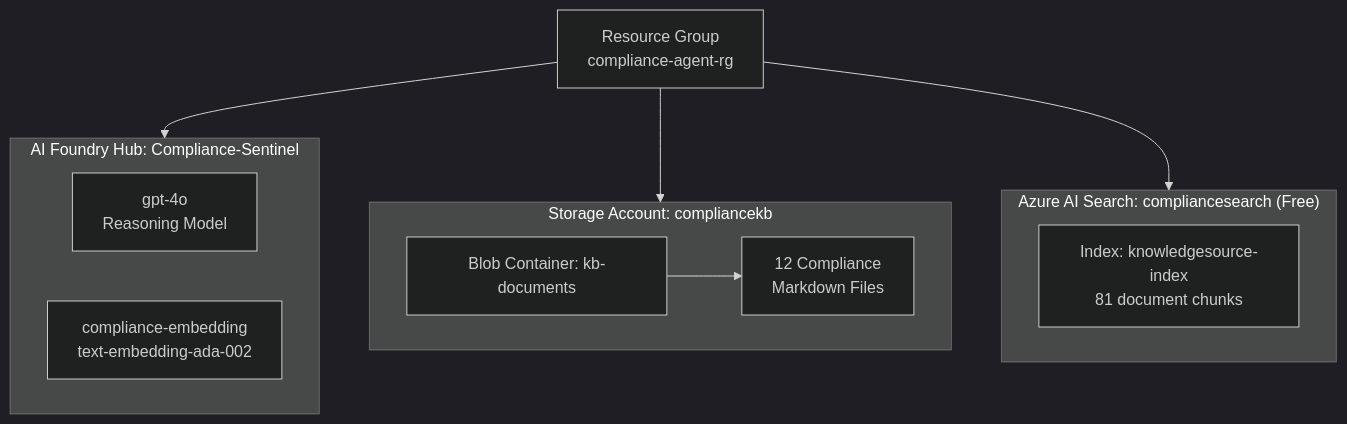
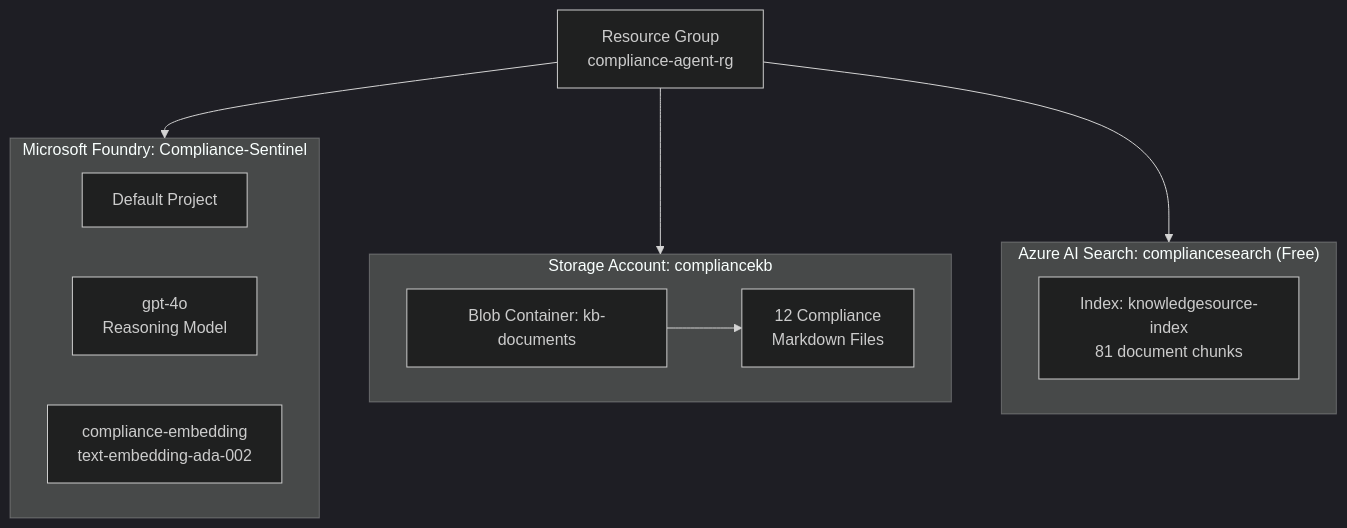
The diagram in lab/instructions/02_Azure_Resources.md (ADKWDHQWQHDQI/Agent-using-GHCP), drawn with Mermaid (dark theme) before and after one commit. The commit also changed other lines of this file and 3 other files, not shown here.

First line of the commit message:
Update lab instructions: replace AI Foundry Hub with Microsoft Foundry resource, fix KB creation workflow

````diff
--- a/lab/instructions/02_Azure_Resources.md
+++ b/lab/instructions/02_Azure_Resources.md
@@ -21,23 +21,24 @@
 ```mermaid
 graph TD
     RG[" Resource Group\ncompliance-agent-rg"]
 
-    subgraph AIF[" AI Foundry Hub: Compliance-Sentinel"]
+    subgraph AIF[" Microsoft Foundry: Compliance-Sentinel"]
+        PRJ[" Default Project"]
         GPT[" gpt-4o\nReasoning Model"]
         EMB[" compliance-embedding\ntext-embedding-ada-002"]
     end
 
     subgraph STO[" Storage Account: compliancekb"]
         BC[" Blob Container: kb-documents"]
         DOCS[" 12 Compliance\nMarkdown Files"]
         BC --> DOCS
     end
 
     subgraph AIS[" Azure AI Search: compliancesearch (Free)"]
         IDX[" Index: knowledgesource-index\n81 document chunks"]
     end
 
     RG --> AIF
     RG --> STO
     RG --> AIS
 ```
````
